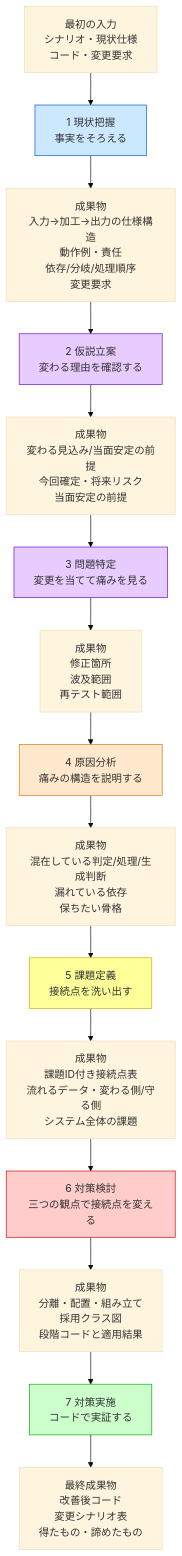
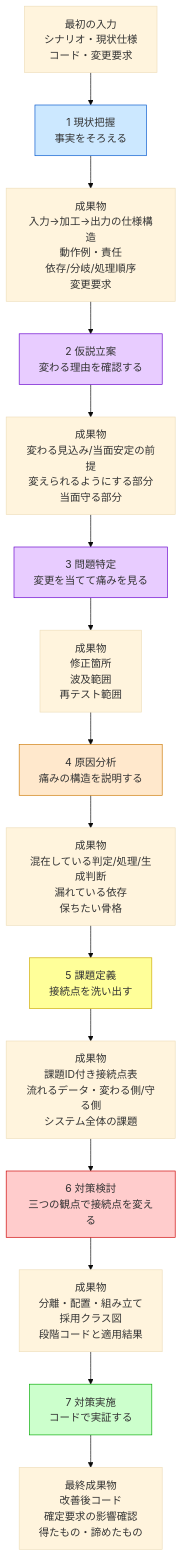
Before and after one commit to kumachan1101-pixel/DesignPattern: the second of 4 diagrams in kindle/design-patterns/output/chapter00_2.md, drawn with Mermaid (base theme). The commit also changed other lines of this file and 19 other files, not shown here.

````diff
--- a/kindle/design-patterns/output/chapter00_2.md
+++ b/kindle/design-patterns/output/chapter00_2.md
@@ -102,41 +102,41 @@
 ```mermaid
 flowchart TB
     I0["最初の入力<br>シナリオ・現状仕様<br>コード・変更要求"]
 
     P1["1 現状把握<br>事実をそろえる"]
     O1["成果物<br>入力→加工→出力の仕様構造<br>動作例・責任<br>依存/分岐/処理順序<br>変更要求"]
 
     P2["2 仮説立案<br>変わる理由を確認する"]
-    O2["成果物<br>変わる見込み/当面安定の前提<br>今回確定・将来リスク<br>当面安定の前提"]
+    O2["成果物<br>変わる見込み/当面安定の前提<br>変えられるようにする部分<br>当面守る部分"]
 
     P3["3 問題特定<br>変更を当てて痛みを見る"]
     O3["成果物<br>修正箇所<br>波及範囲<br>再テスト範囲"]
 
     P4["4 原因分析<br>痛みの構造を説明する"]
     O4["成果物<br>混在している判定/処理/生成判断<br>漏れている依存<br>保ちたい骨格"]
 
     P5["5 課題定義<br>接続点を洗い出す"]
     O5["成果物<br>課題ID付き接続点表<br>流れるデータ・変わる側/守る側<br>システム全体の課題"]
 
     P6["6 対策検討<br>三つの観点で接続点を変える"]
     O6["成果物<br>分離・配置・組み立て<br>採用クラス図<br>段階コードと適用結果"]
 
     P7["7 対策実施<br>コードで実証する"]
-    O7["最終成果物<br>改善後コード<br>変更シナリオ表<br>得たもの・諦めたもの"]
+    O7["最終成果物<br>改善後コード<br>確定要求の影響確認<br>得たもの・諦めたもの"]
 
     I0 --> P1 --> O1
     O1 --> P2 --> O2
     O2 --> P3 --> O3
     O3 --> P4 --> O4
     O4 --> P5 --> O5
     O5 --> P6 --> O6
     O6 --> P7 --> O7
 
     style P1 fill:#cce8ff,stroke:#0055cc
     style P2 fill:#e8ccff,stroke:#6600cc
     style P3 fill:#e8ccff,stroke:#6600cc
     style P4 fill:#ffe8cc,stroke:#cc7700
     style P5 fill:#ffff99,stroke:#ccaa00
     style P6 fill:#ffcccc,stroke:#cc0000
     style P7 fill:#ccffcc,stroke:#00aa00
 ```
````
